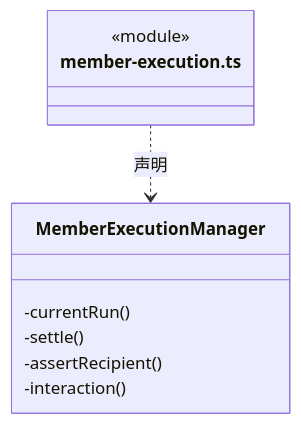
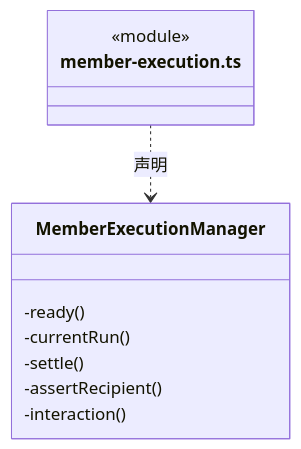
Before and after one commit to nan023062/cbim: diagram 19 of 33 in src/backend/scheduler-engine/execution/ARCHITECTURE.md, drawn with Mermaid. The commit also changed other lines of this file and 55 other files, not shown here.

````diff
--- a/src/backend/scheduler-engine/execution/ARCHITECTURE.md
+++ b/src/backend/scheduler-engine/execution/ARCHITECTURE.md
@@ -492,13 +540,14 @@
 ```mermaid
 classDiagram
 class N_src_backend_scheduler_engine_execution_member_execution_ts["member-execution.ts"] {
   <<module>>
 }
 class N_src_backend_scheduler_engine_execution_member_execution_ts_MemberExecutionManager["MemberExecutionManager"] {
+  -ready()
   -currentRun()
   -settle()
   -assertRecipient()
   -interaction()
 }
 N_src_backend_scheduler_engine_execution_member_execution_ts ..> N_src_backend_scheduler_engine_execution_member_execution_ts_MemberExecutionManager : 声明
 ```
````
